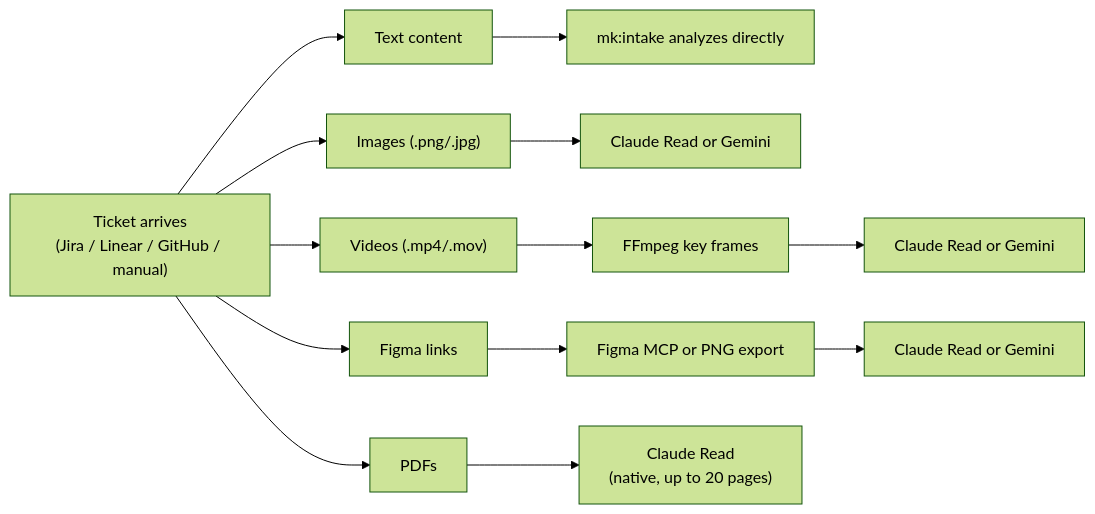
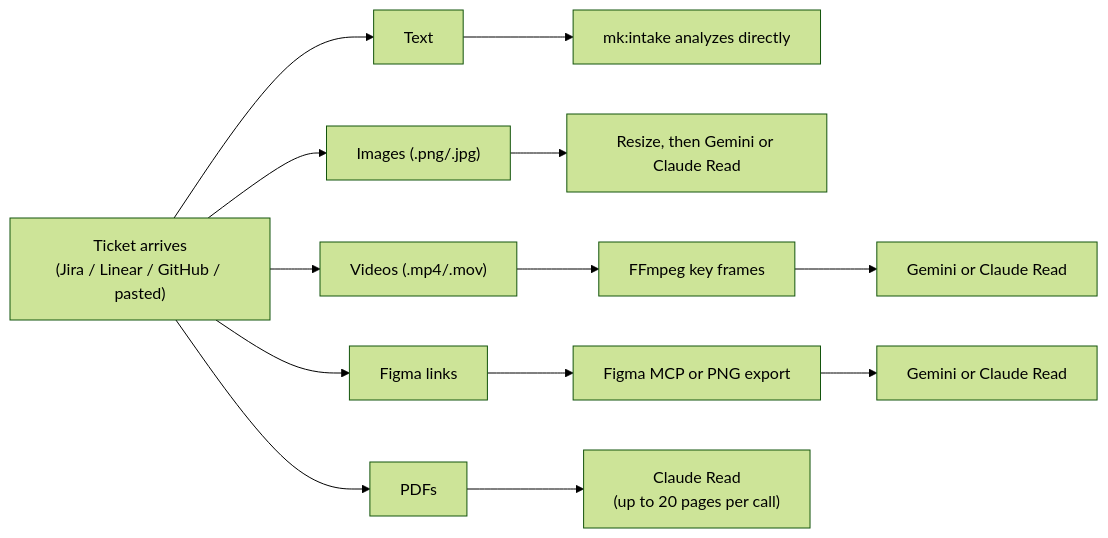
One commit to ngocsangyem/MeowKit changed the diagram in packages/docs/content/docs/workflows/ticket-with-media.mdx. Above: the diagram before and after it, drawn with Mermaid (forest theme). The commit also changed other lines of this file and 269 other files, not shown here.

````diff
--- a/packages/docs/content/docs/workflows/ticket-with-media.mdx
+++ b/packages/docs/content/docs/workflows/ticket-with-media.mdx
@@ -30,9 +26,9 @@
 ```mermaid
 flowchart LR
-    T["Ticket arrives<br/>(Jira / Linear / GitHub / manual)"]
-    T --> A["Text content"] --> A1["mk:intake analyzes directly"]
-    T --> B["Images (.png/.jpg)"] --> B1["Claude Read or Gemini"]
-    T --> C["Videos (.mp4/.mov)"] --> C1["FFmpeg key frames"] --> C2["Claude Read or Gemini"]
-    T --> D["Figma links"] --> D1["Figma MCP or PNG export"] --> D2["Claude Read or Gemini"]
-    T --> E["PDFs"] --> E1["Claude Read<br/>(native, up to 20 pages)"]
+    T["Ticket arrives<br/>(Jira / Linear / GitHub / pasted)"]
+    T --> A["Text"] --> A1["mk:intake analyzes directly"]
+    T --> B["Images (.png/.jpg)"] --> B1["Resize, then Gemini or Claude Read"]
+    T --> C["Videos (.mp4/.mov)"] --> C1["FFmpeg key frames"] --> C2["Gemini or Claude Read"]
+    T --> D["Figma links"] --> D1["Figma MCP or PNG export"] --> D2["Gemini or Claude Read"]
+    T --> E["PDFs"] --> E1["Claude Read<br/>(up to 20 pages per call)"]
 ```
````
